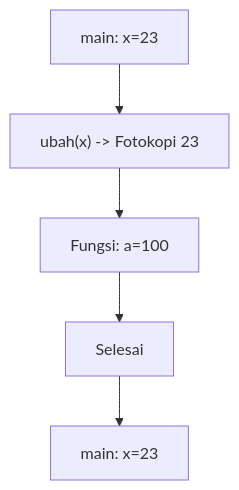
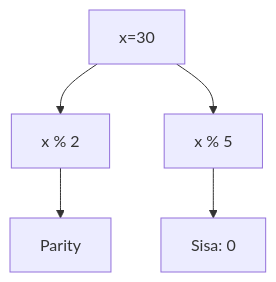
Before and after one commit to amnahwaida/OSNK_INF_PREP: diagram 17 of 25 in part-c-pemahaman-cpp/04-fungsi/latihan/set-10.md, drawn with Mermaid. The commit also changed other lines of this file and 71 other files, not shown here.

````diff
--- a/part-c-pemahaman-cpp/04-fungsi/latihan/set-10.md
+++ b/part-c-pemahaman-cpp/04-fungsi/latihan/set-10.md
@@ -559,7 +507,7 @@
 ```mermaid
 graph TD
-    A[main: x=23] --> B["ubah(x) -> Fotokopi 23"]
-    B --> C[Fungsi: a=100]
-    C --> D[Selesai]
-    D --> E[main: x=23]
+A[x=30] --> B[x % 2]
+B --> C[Parity]
+A --> D[x % 5]
+D --> E[Sisa: 0]
 ```
````
